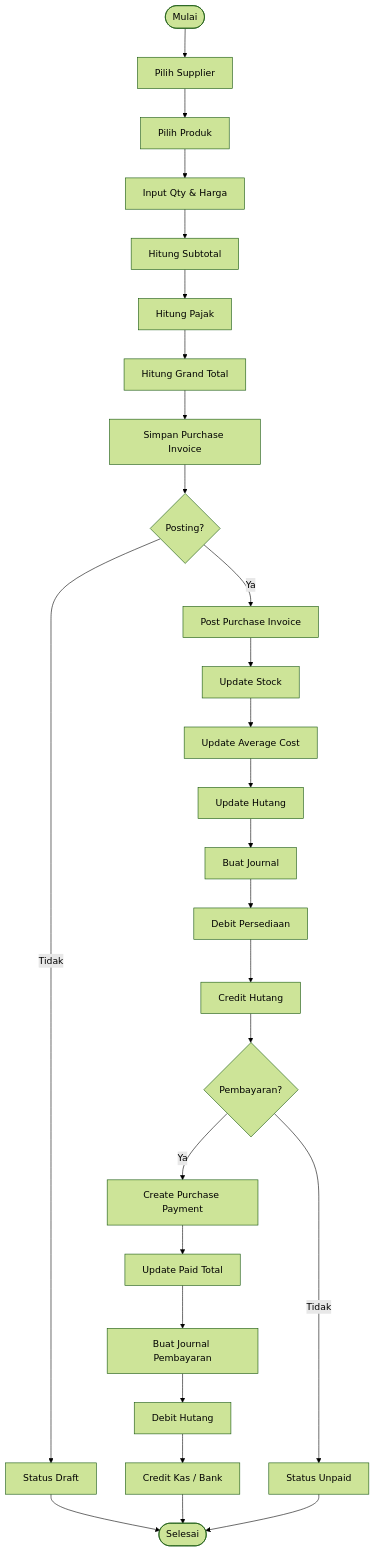
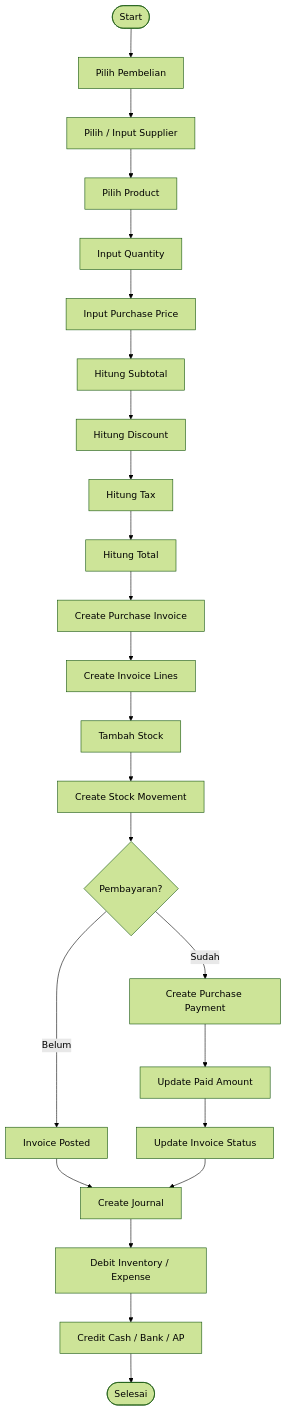
The fourth of 17 diagrams in docs/flowchart/flowchart.md (ahmadfaiqm/flowcash), drawn with Mermaid (forest theme) before and after one commit. The commit also changed other lines of this file, not shown here.

Commit message:
feat/FlowChartBaru

````diff
--- a/docs/flowchart/flowchart.md
+++ b/docs/flowchart/flowchart.md
@@ -245,38 +109,26 @@
 ```mermaid
 flowchart TD
-    A([Mulai]) --> B[Pilih Supplier]
-    B --> C[Pilih Produk]
-    C --> D[Input Qty & Harga]
-    D --> E[Hitung Subtotal]
-    E --> F[Hitung Pajak]
-    F --> G[Hitung Grand Total]
-    G --> H[Simpan Purchase Invoice]
-
-    H --> I{Posting?}
-
-    I -- Tidak --> J[Status Draft]
-    J --> Z([Selesai])
-
-    I -- Ya --> K[Post Purchase Invoice]
-
-    K --> L[Update Stock]
-    L --> M[Update Average Cost]
-    M --> N[Update Hutang]
-
-    N --> O[Buat Journal]
-    O --> P[Debit Persediaan]
-    P --> Q[Credit Hutang]
-
-    Q --> R{Pembayaran?}
-
-    R -- Ya --> S[Create Purchase Payment]
-    S --> T[Update Paid Total]
-    T --> U[Buat Journal Pembayaran]
-    U --> V[Debit Hutang]
-    V --> W[Credit Kas / Bank]
-
-    R -- Tidak --> X[Status Unpaid]
-
-    W --> Z([Selesai])
-    X --> Z
+    A([Start]) --> B[Pilih Pembelian]
+    B --> C[Pilih / Input Supplier]
+    C --> D[Pilih Product]
+    D --> E[Input Quantity]
+    E --> F[Input Purchase Price]
+    F --> G[Hitung Subtotal]
+    G --> H[Hitung Discount]
+    H --> I[Hitung Tax]
+    I --> J[Hitung Total]
+    J --> K[Create Purchase Invoice]
+    K --> L[Create Invoice Lines]
+    L --> M[Tambah Stock]
+    M --> N[Create Stock Movement]
+    N --> O{Pembayaran?}
+    O -->|Belum| P[Invoice Posted]
+    O -->|Sudah| Q[Create Purchase Payment]
+    Q --> R[Update Paid Amount]
+    R --> S[Update Invoice Status]
+    P --> T[Create Journal]
+    S --> T
+    T --> U[Debit Inventory / Expense]
+    U --> V[Credit Cash / Bank / AP]
+    V --> W([Selesai])
 ```
````
